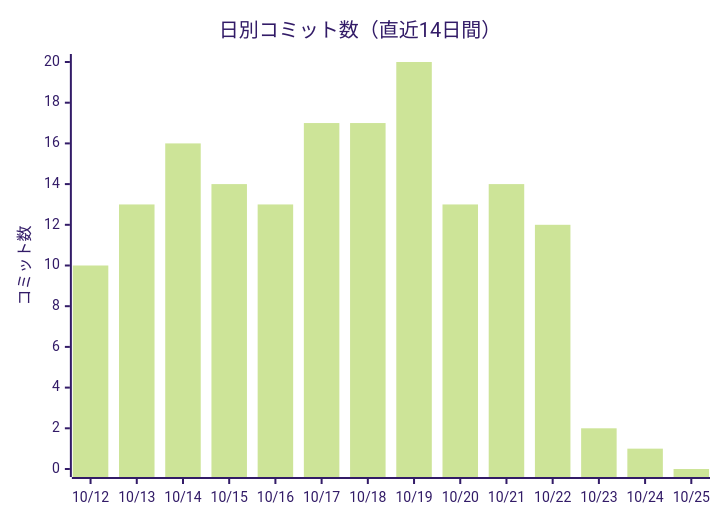
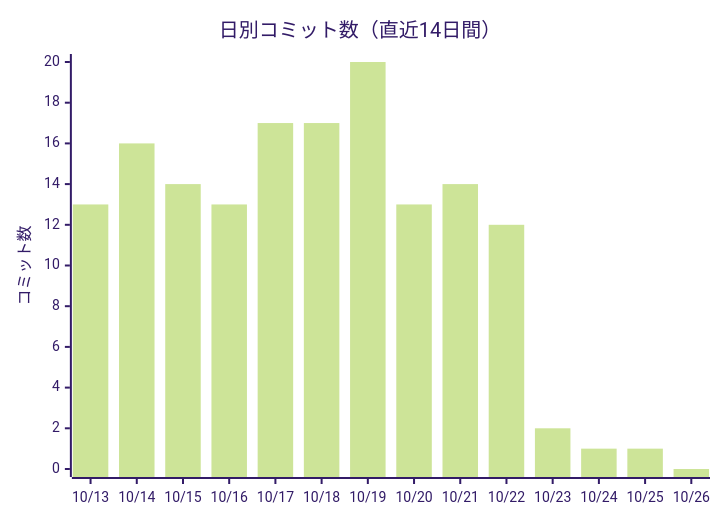
Before and after one commit to non-x2/non-x2: the first of 2 diagrams in docs/進化レポート.md, drawn with Mermaid (forest theme). The commit also changed other lines of this file and 1 other file, not shown here.

````diff
--- a/docs/進化レポート.md
+++ b/docs/進化レポート.md
@@ -23,7 +23,7 @@
 ```mermaid
 xychart-beta
     title "日別コミット数（直近14日間）"
-    x-axis ["10/12", "10/13", "10/14", "10/15", "10/16", "10/17", "10/18", "10/19", "10/20", "10/21", "10/22", "10/23", "10/24", "10/25"]
+    x-axis ["10/13", "10/14", "10/15", "10/16", "10/17", "10/18", "10/19", "10/20", "10/21", "10/22", "10/23", "10/24", "10/25", "10/26"]
     y-axis "コミット数"
-    bar [10, 13, 16, 14, 13, 17, 17, 20, 13, 14, 12, 2, 1, 0]
+    bar [13, 16, 14, 13, 17, 17, 20, 13, 14, 12, 2, 1, 1, 0]
 ```
````
